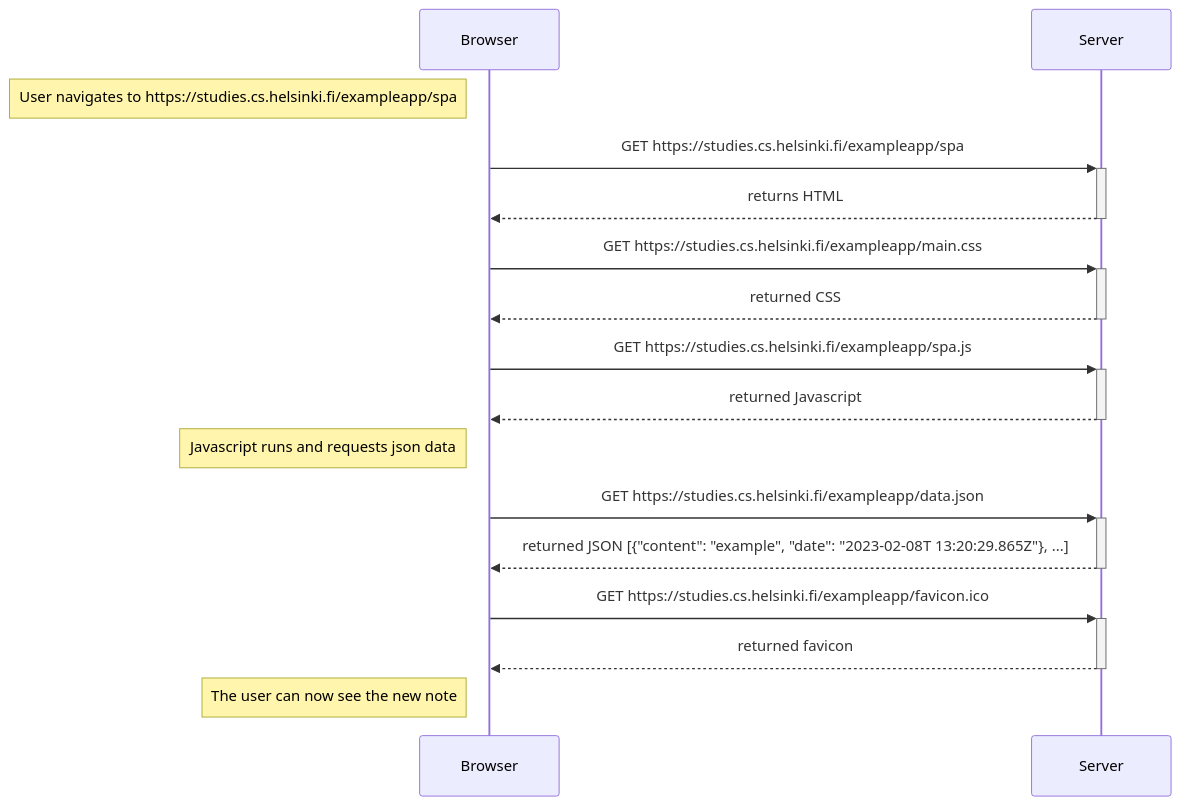
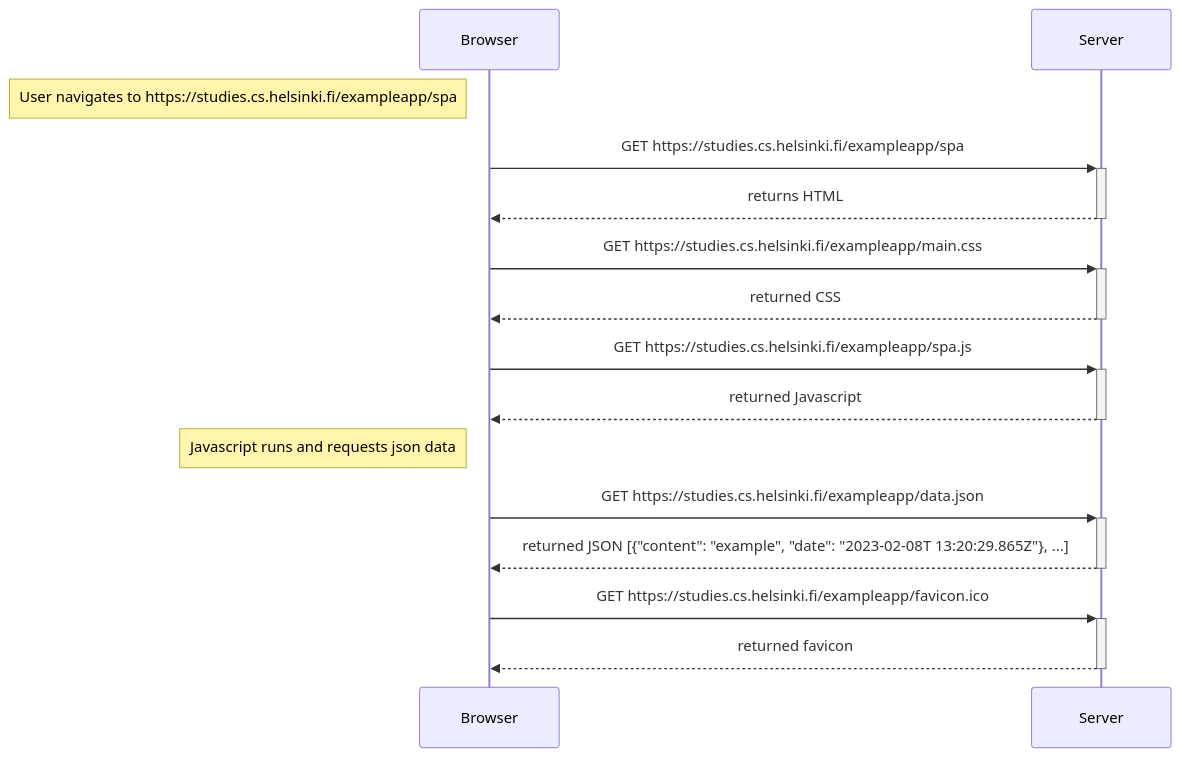
Before and after one commit to RobertWatkin/Full-Stack-Open-P0: the diagram in 0.5.md, drawn with Mermaid.

````diff
--- a/0.5.md
+++ b/0.5.md
@@ -3,24 +3,22 @@
 ```mermaid
 sequenceDiagram
     note left of Browser: User navigates to https://studies.cs.helsinki.fi/exampleapp/spa
 
     Browser->>+Server: GET https://studies.cs.helsinki.fi/exampleapp/spa
     Server-->>-Browser: returns HTML
     
     Browser->>+Server: GET https://studies.cs.helsinki.fi/exampleapp/main.css
     Server-->>-Browser: returned CSS
     
         Browser->>+Server: GET https://studies.cs.helsinki.fi/exampleapp/spa.js
     Server-->>-Browser: returned Javascript
     
     note left of Browser: Javascript runs and requests json data
     
     Browser->>+Server: GET https://studies.cs.helsinki.fi/exampleapp/data.json
     Server-->>-Browser: returned JSON [{"content": "example", "date": "2023-02-08T 13:20:29.865Z"}, ...]
 
     Browser->>+Server: GET https://studies.cs.helsinki.fi/exampleapp/favicon.ico
     Server-->>-Browser: returned favicon
-
-    note left of Browser: The user can now see the new note
   
 ```
````
